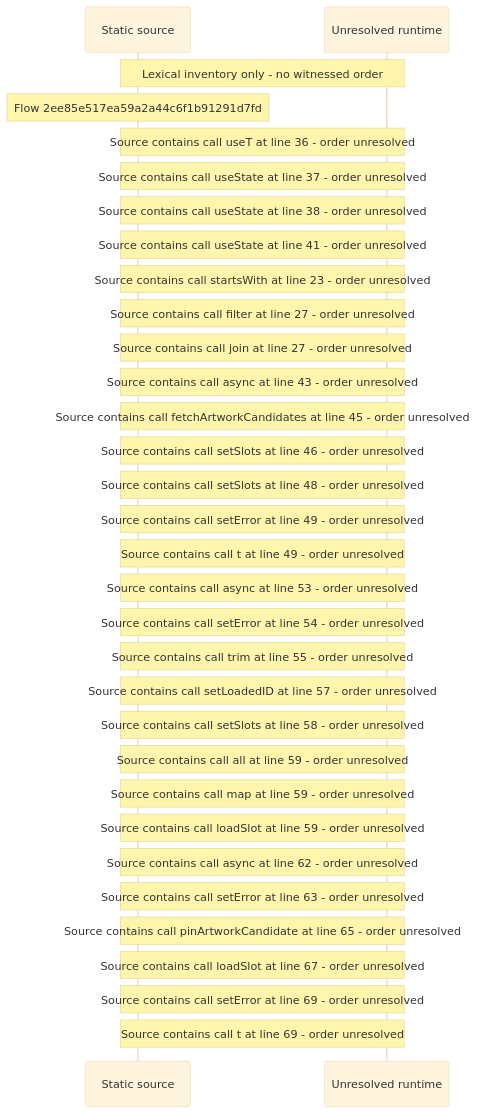
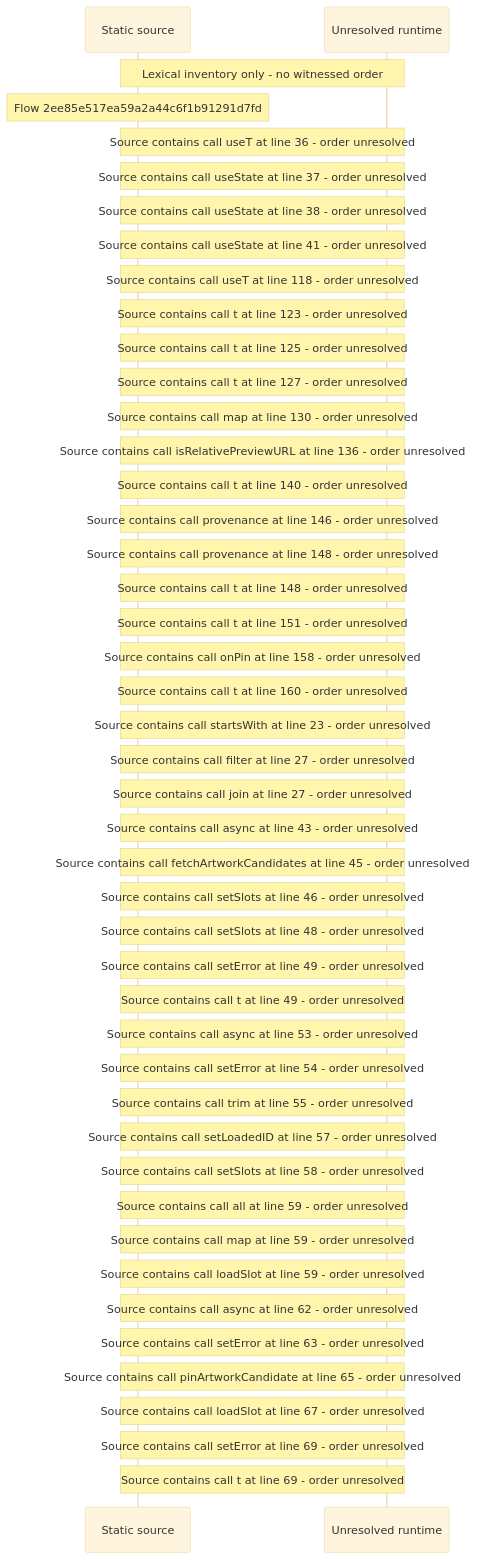
Before and after one commit to beamfall/core: the diagram in docs/web/flows/generated/2ee85e517ea59a2a44c6f1b91291d7fd/flow-diagram.md, drawn with Mermaid (base theme). The commit also changed other lines of this file and 699 other files, not shown here.

Commit message:
Regenerate the web flow record with flow generator version 5

````diff
--- a/docs/web/flows/generated/2ee85e517ea59a2a44c6f1b91291d7fd/flow-diagram.md
+++ b/docs/web/flows/generated/2ee85e517ea59a2a44c6f1b91291d7fd/flow-diagram.md
@@ -10,34 +10,47 @@
 ```mermaid
 sequenceDiagram
     participant S as Static source
     participant U as Unresolved runtime
     Note over S,U: Lexical inventory only - no witnessed order
     Note over S: Flow 2ee85e517ea59a2a44c6f1b91291d7fd
     Note over S,U: Source contains call useT at line 36 - order unresolved
     Note over S,U: Source contains call useState at line 37 - order unresolved
     Note over S,U: Source contains call useState at line 38 - order unresolved
     Note over S,U: Source contains call useState at line 41 - order unresolved
+    Note over S,U: Source contains call useT at line 118 - order unresolved
+    Note over S,U: Source contains call t at line 123 - order unresolved
+    Note over S,U: Source contains call t at line 125 - order unresolved
+    Note over S,U: Source contains call t at line 127 - order unresolved
+    Note over S,U: Source contains call map at line 130 - order unresolved
+    Note over S,U: Source contains call isRelativePreviewURL at line 136 - order unresolved
+    Note over S,U: Source contains call t at line 140 - order unresolved
+    Note over S,U: Source contains call provenance at line 146 - order unresolved
+    Note over S,U: Source contains call provenance at line 148 - order unresolved
+    Note over S,U: Source contains call t at line 148 - order unresolved
+    Note over S,U: Source contains call t at line 151 - order unresolved
+    Note over S,U: Source contains call onPin at line 158 - order unresolved
+    Note over S,U: Source contains call t at line 160 - order unresolved
     Note over S,U: Source contains call startsWith at line 23 - order unresolved
     Note over S,U: Source contains call filter at line 27 - order unresolved
     Note over S,U: Source contains call join at line 27 - order unresolved
     Note over S,U: Source contains call async at line 43 - order unresolved
     Note over S,U: Source contains call fetchArtworkCandidates at line 45 - order unresolved
     Note over S,U: Source contains call setSlots at line 46 - order unresolved
     Note over S,U: Source contains call setSlots at line 48 - order unresolved
     Note over S,U: Source contains call setError at line 49 - order unresolved
     Note over S,U: Source contains call t at line 49 - order unresolved
     Note over S,U: Source contains call async at line 53 - order unresolved
     Note over S,U: Source contains call setError at line 54 - order unresolved
     Note over S,U: Source contains call trim at line 55 - order unresolved
     Note over S,U: Source contains call setLoadedID at line 57 - order unresolved
     Note over S,U: Source contains call setSlots at line 58 - order unresolved
     Note over S,U: Source contains call all at line 59 - order unresolved
     Note over S,U: Source contains call map at line 59 - order unresolved
     Note over S,U: Source contains call loadSlot at line 59 - order unresolved
     Note over S,U: Source contains call async at line 62 - order unresolved
     Note over S,U: Source contains call setError at line 63 - order unresolved
     Note over S,U: Source contains call pinArtworkCandidate at line 65 - order unresolved
     Note over S,U: Source contains call loadSlot at line 67 - order unresolved
     Note over S,U: Source contains call setError at line 69 - order unresolved
     Note over S,U: Source contains call t at line 69 - order unresolved
 ```
````
